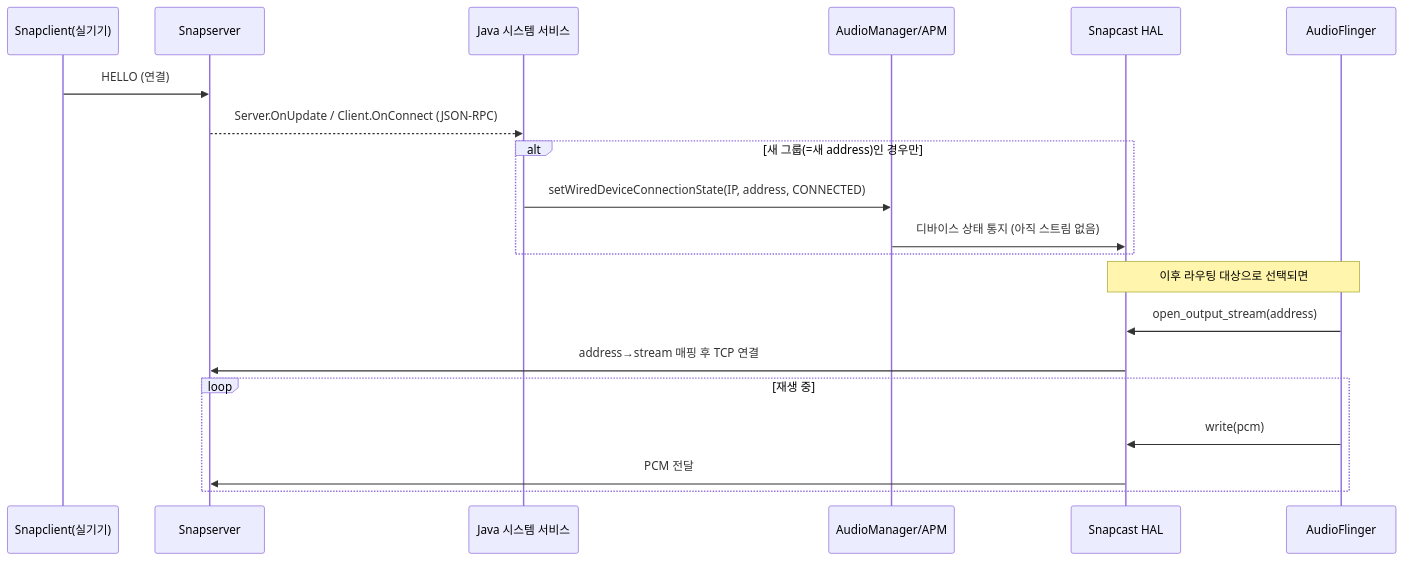
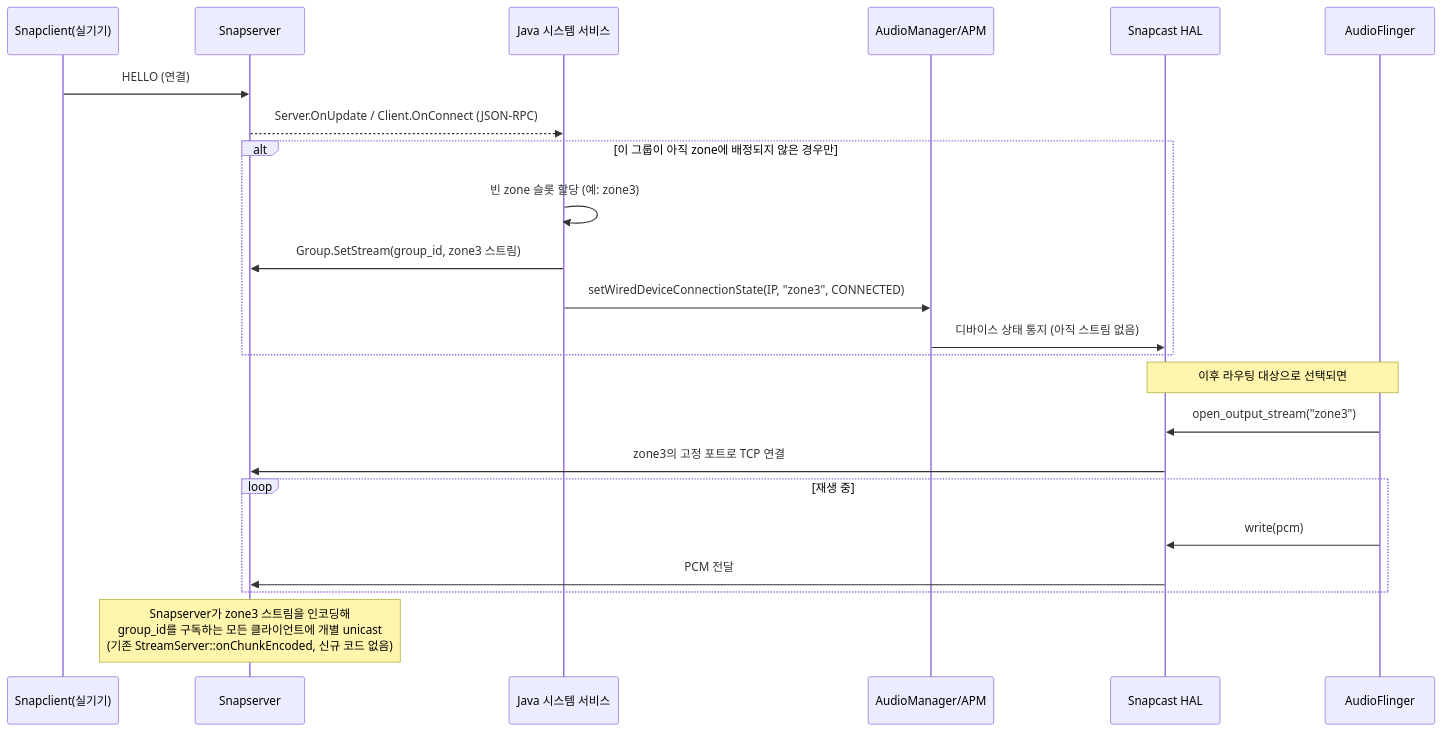
One commit to pillmee/snapcast changed the fourth of 4 diagrams in review/integration/android_hal.md. Above: the diagram before and after it, drawn with Mermaid. The commit also changed other lines of this file and 3 other files, not shown here.

First line of the commit message:
docs: finalize Android HAL server design, add client integration review

````diff
--- a/review/integration/android_hal.md
+++ b/review/integration/android_hal.md
@@ -149,23 +149,26 @@
 ```mermaid
 sequenceDiagram
     participant SC as Snapclient(실기기)
     participant SNAP as Snapserver
     participant SVC as Java 시스템 서비스
     participant AM as AudioManager/APM
     participant HAL as Snapcast HAL
     participant AF as AudioFlinger
 
     SC->>SNAP: HELLO (연결)
     SNAP-->>SVC: Server.OnUpdate / Client.OnConnect (JSON-RPC)
-    alt 새 그룹(=새 address)인 경우만
-        SVC->>AM: setWiredDeviceConnectionState(IP, address, CONNECTED)
+    alt 이 그룹이 아직 zone에 배정되지 않은 경우만
+        SVC->>SVC: 빈 zone 슬롯 할당 (예: zone3)
+        SVC->>SNAP: Group.SetStream(group_id, zone3 스트림)
+        SVC->>AM: setWiredDeviceConnectionState(IP, "zone3", CONNECTED)
         AM->>HAL: 디바이스 상태 통지 (아직 스트림 없음)
     end
     Note over AF,HAL: 이후 라우팅 대상으로 선택되면
-    AF->>HAL: open_output_stream(address)
-    HAL->>SNAP: address→stream 매핑 후 TCP 연결
+    AF->>HAL: open_output_stream("zone3")
+    HAL->>SNAP: zone3의 고정 포트로 TCP 연결
     loop 재생 중
         AF->>HAL: write(pcm)
         HAL->>SNAP: PCM 전달
     end
+    Note over SNAP: Snapserver가 zone3 스트림을 인코딩해<br/>group_id를 구독하는 모든 클라이언트에 개별 unicast<br/>(기존 StreamServer::onChunkEncoded, 신규 코드 없음)
 ```
````
